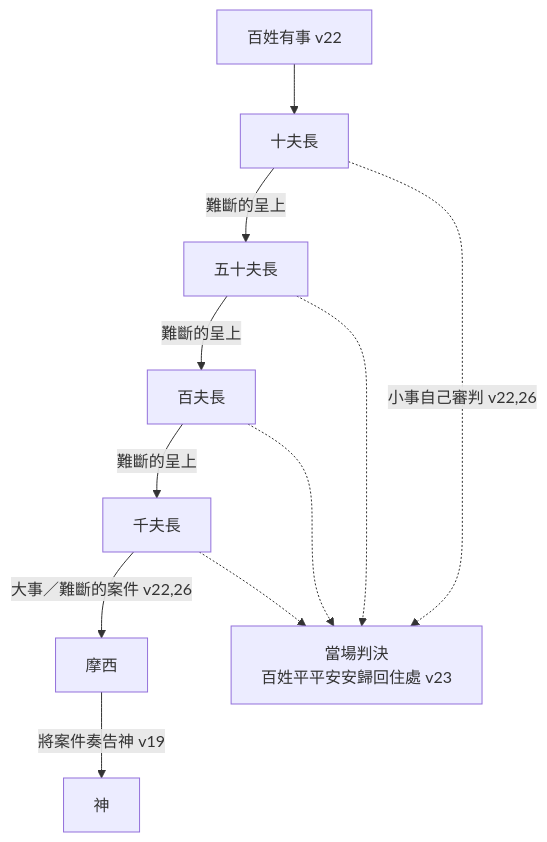
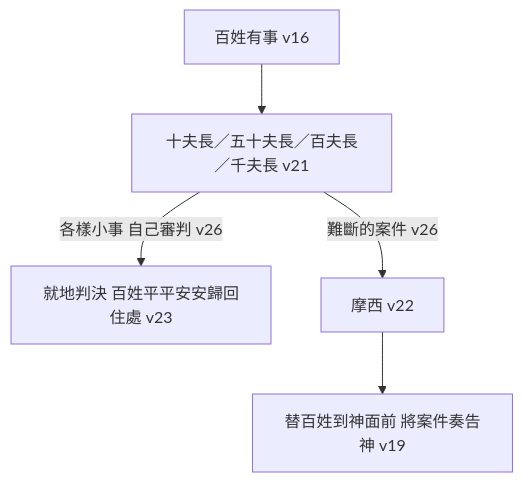
The diagram in 02 出埃及記/第18章.md (andyjr5566/Bible_wiki_zh), drawn with Mermaid before and after one commit. The commit also changed other lines of this file and 59 other files, not shown here.

````diff
--- a/02 出埃及記/第18章.md
+++ b/02 出埃及記/第18章.md
@@ -206,13 +129,7 @@
 ```mermaid
 flowchart TD
-P["百姓有事 v22"] --> T["十夫長"]
-T -->|"難斷的呈上"| F["五十夫長"]
-F -->|"難斷的呈上"| H["百夫長"]
-H -->|"難斷的呈上"| Q["千夫長"]
-Q -->|"大事／難斷的案件 v22,26"| M["摩西"]
-M -->|"將案件奏告神 v19"| G["神"]
-T -.->|"小事自己審判 v22,26"| D["當場判決<br/>百姓平平安安歸回住處 v23"]
-F -.-> D
-H -.-> D
-Q -.-> D
+  P["百姓有事 v16"] --> T["十夫長／五十夫長／百夫長／千夫長 v21"]
+  T -->|"各樣小事 自己審判 v26"| D["就地判決 百姓平平安安歸回住處 v23"]
+  T -->|"難斷的案件 v26"| M["摩西 v22"]
+  M --> G["替百姓到神面前 將案件奏告神 v19"]
 ```
````
